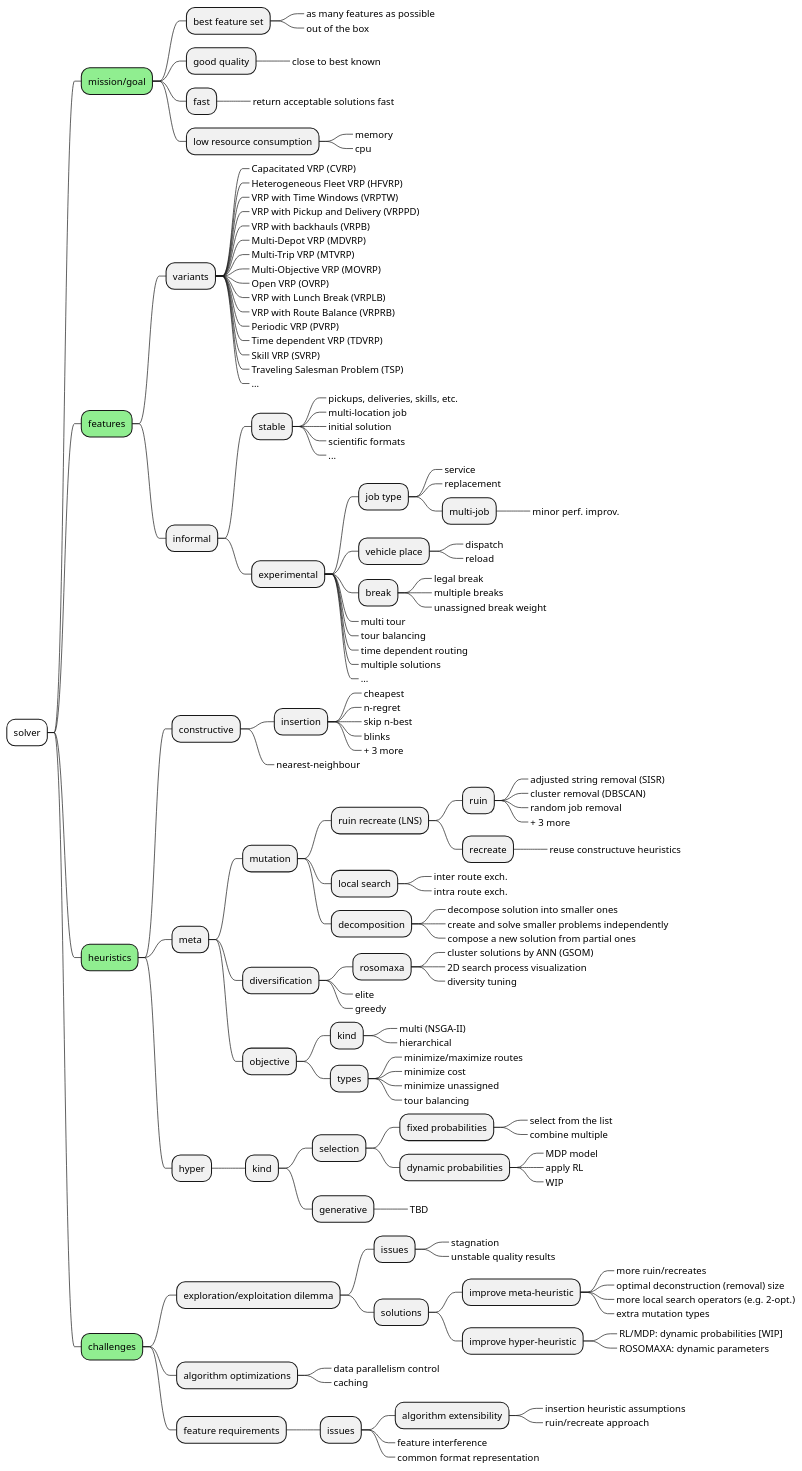
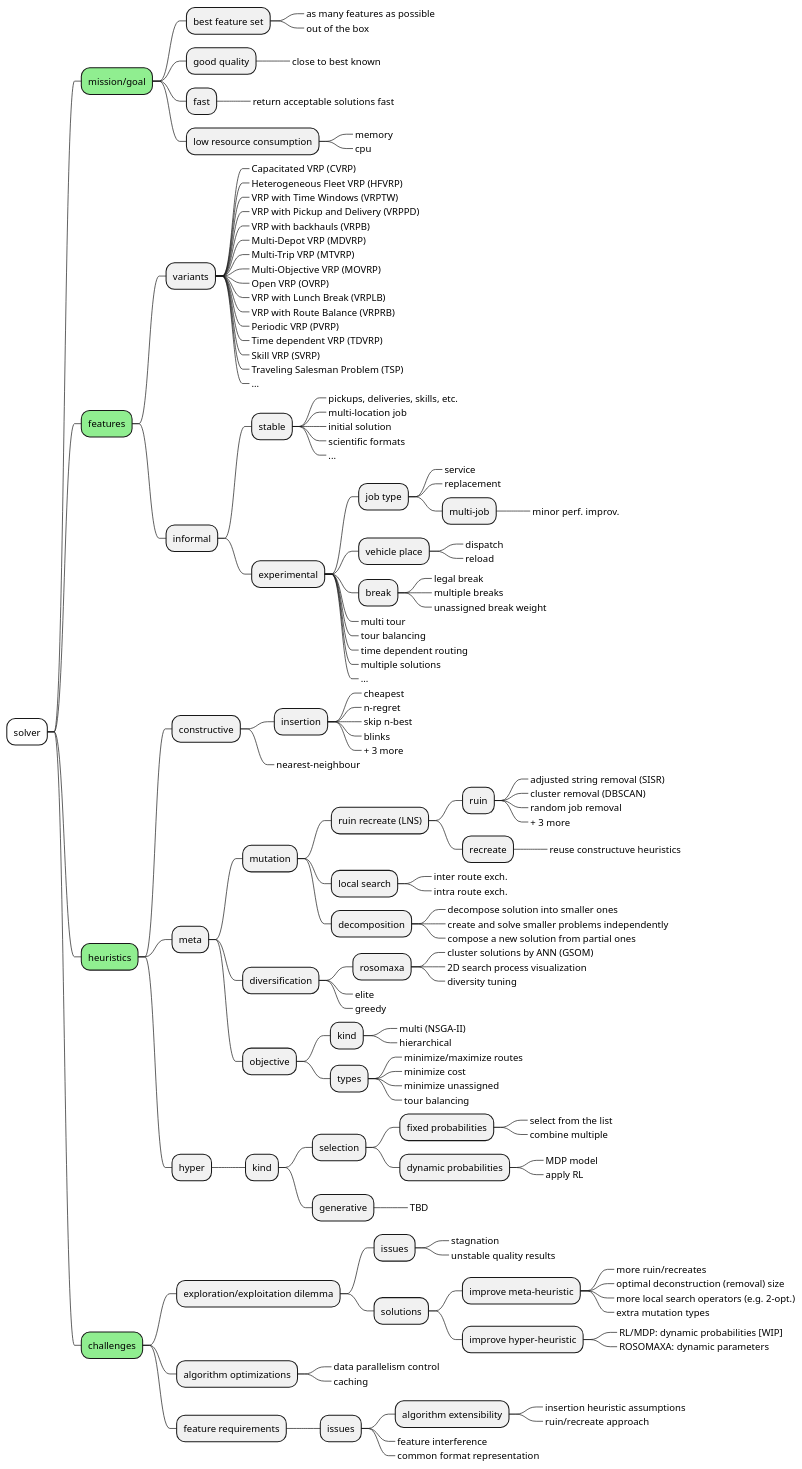
The diagram in docs/src/internals/overview.md (reinterpretcat/vrp), drawn with PlantUML before and after one commit. The commit also changed 125 other files, not shown here.

```diff
--- a/docs/src/internals/overview.md
+++ b/docs/src/internals/overview.md
@@ -132,7 +132,6 @@
      * dynamic probabilities
       *_ MDP model
       *_ apply RL
-      *_ WIP
 
     * generative
      *_ TBD
```
